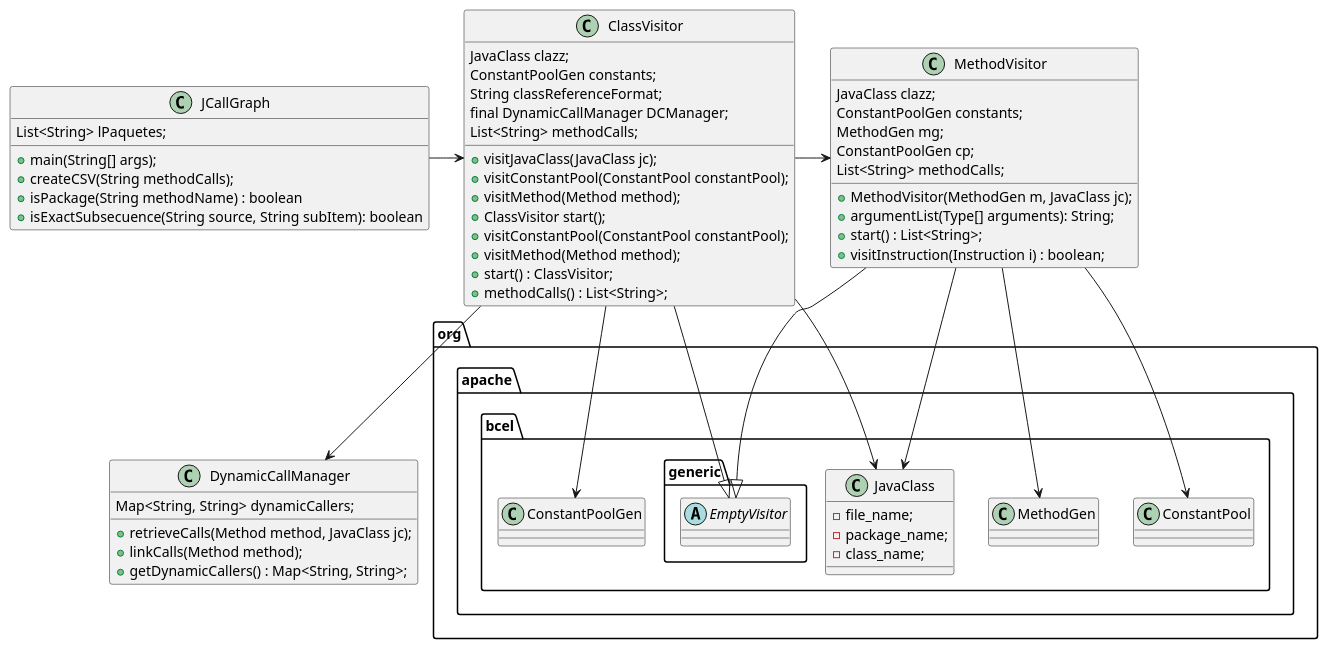
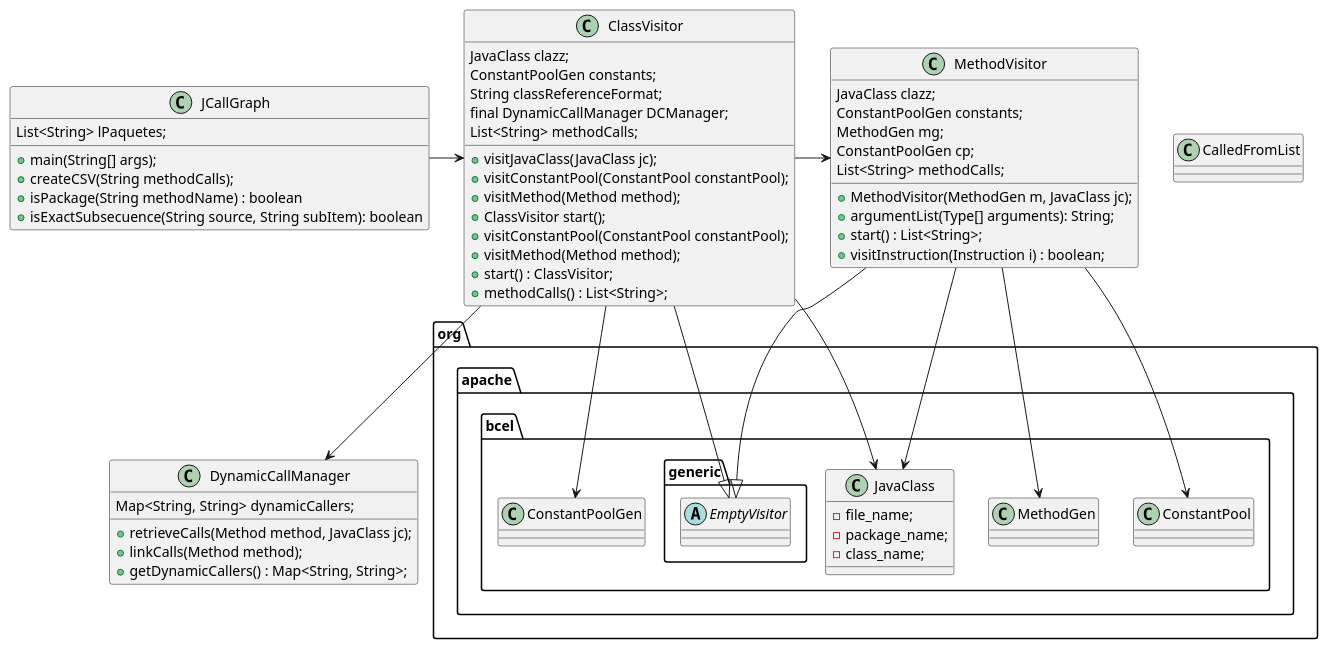
The diagram in TFG/uml/diagrama_de_clases.plantuml (iakigarci/BytecodeAnalysis), drawn with PlantUML before and after one commit. The commit also changed 1 other file, not shown here.

```diff
--- a/TFG/uml/diagrama_de_clases.plantuml
+++ b/TFG/uml/diagrama_de_clases.plantuml
@@ -1,84 +1,86 @@
 @startuml components
+
+class CalledFromList {
+    
+}
 
 class JCallGraph {
     List<String> lPaquetes;
     +main(String[] args);
     +createCSV(String methodCalls);
     +isPackage(String methodName) : boolean
     +isExactSubsecuence(String source, String subItem): boolean
 }
 
 class ClassVisitor{
     JavaClass clazz;
     ConstantPoolGen constants;
     String classReferenceFormat;
     final DynamicCallManager DCManager;
     List<String> methodCalls;
     +visitJavaClass(JavaClass jc);
     +visitConstantPool(ConstantPool constantPool); 
     +visitMethod(Method method);
     +ClassVisitor start();
     +visitConstantPool(ConstantPool constantPool);
     +visitMethod(Method method);
     +start() : ClassVisitor;
     +methodCalls() : List<String>;
 }
 
 class DynamicCallManager {
     Map<String, String> dynamicCallers;
     +retrieveCalls(Method method, JavaClass jc);
     +linkCalls(Method method);
     +getDynamicCallers() : Map<String, String>;
 }
 
 class MethodVisitor {
     JavaClass clazz;
     ConstantPoolGen constants;
     MethodGen mg;
     ConstantPoolGen cp;
     List<String> methodCalls;
     +MethodVisitor(MethodGen m, JavaClass jc);
     +argumentList(Type[] arguments): String;
     +start() : List<String>;
     +visitInstruction(Instruction i) : boolean;
 }
 
 package org.apache.bcel.generic {
     abstract EmptyVisitor {
 
     }
 }
 
 package org.apache.bcel {
     class JavaClass {
         -file_name;
         -package_name;
         -class_name;
     }
 
     class ConstantPoolGen {
 
     }
     class MethodGen {
 
     }
 
     class ConstantPool {
 
     }
 }
 
-
-
 MethodVisitor -up-|> EmptyVisitor
 ClassVisitor -up-|> EmptyVisitor
 
 JCallGraph -right-> ClassVisitor
 ClassVisitor -down-> JavaClass
 ClassVisitor -down-> ConstantPoolGen
 ClassVisitor -down-> DynamicCallManager
 ClassVisitor -right-> MethodVisitor
 MethodVisitor -down-> JavaClass
 MethodVisitor -down-> ConstantPool
 MethodVisitor -down-> MethodGen
 @enduml
```
